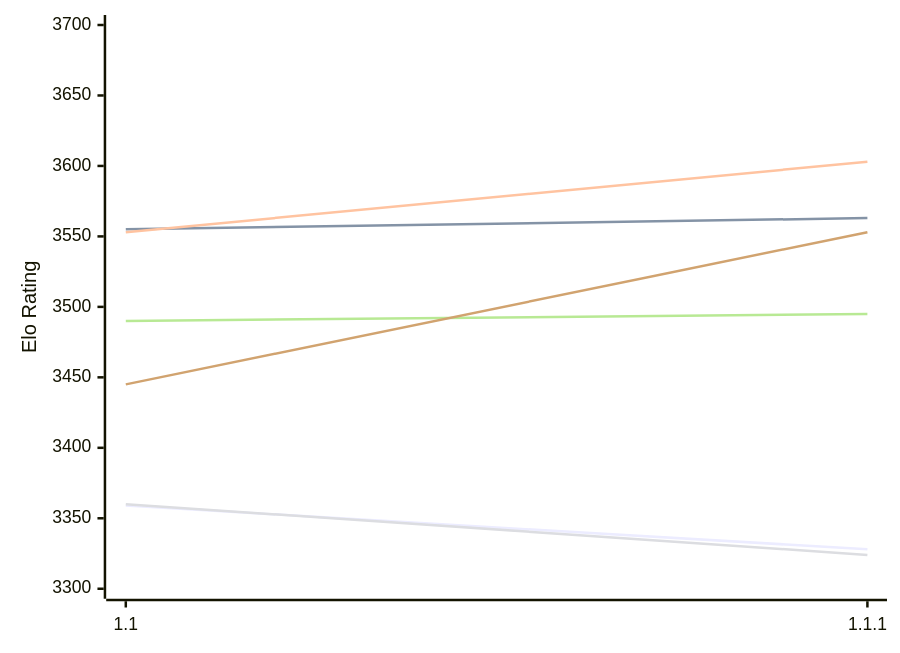
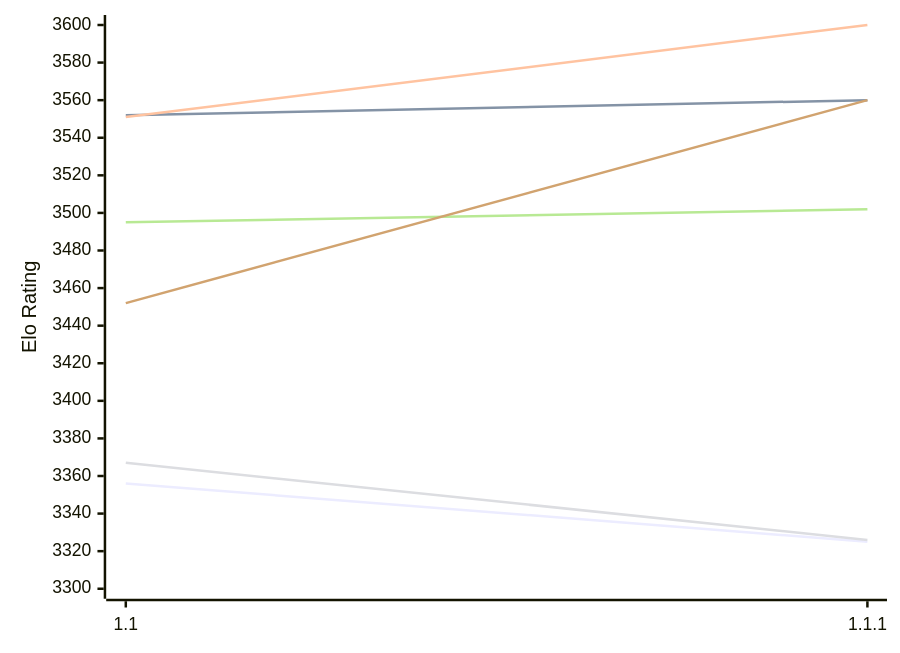
Before and after one commit to computer-chess-index/cci: the first of 2 diagrams in engines/Icarus.md, drawn with Mermaid. The commit also changed other lines of this file, not shown here.

Commit message:
Update CCI Ratings (ELO VLTC) - 2026-11-23

````diff
--- a/engines/Icarus.md
+++ b/engines/Icarus.md
@@ -51,12 +51,12 @@
 ```mermaid
 %%{init: {"theme":"base","themeVariables":{"seriesColors:['#a3a3a3','#222221','#faa371']}}}%%
 xychart-beta
   x-axis ["1.1", "1.1.1"]
-  y-axis "Elo Rating" 3300 --> 3700
-  line "E1: STC (8.0+0.08s)" [3359, 3328]
-  line "E1: LTC (60.0+0.60s)" [3555, 3563]
-  line "E1: VLTC (2m24s+1.12s)" [3553, 3603]
-  line "P1: STC (8.0+0.08s)" [3360, 3324]
-  line "P1: LTC (60.0+0.60s)" [3490, 3495]
-  line "P1: VLTC (2m24s+1.12s)" [3445, 3553]
+  y-axis "Elo Rating" 3300 --> 3600
+  line "E1: STC (8.0+0.08s)" [3356, 3325]
+  line "E1: LTC (60.0+0.60s)" [3552, 3560]
+  line "E1: VLTC (2m24s+1.12s)" [3551, 3600]
+  line "P1: STC (8.0+0.08s)" [3367, 3326]
+  line "P1: LTC (60.0+0.60s)" [3495, 3502]
+  line "P1: VLTC (2m24s+1.12s)" [3452, 3560]
 ```
````
